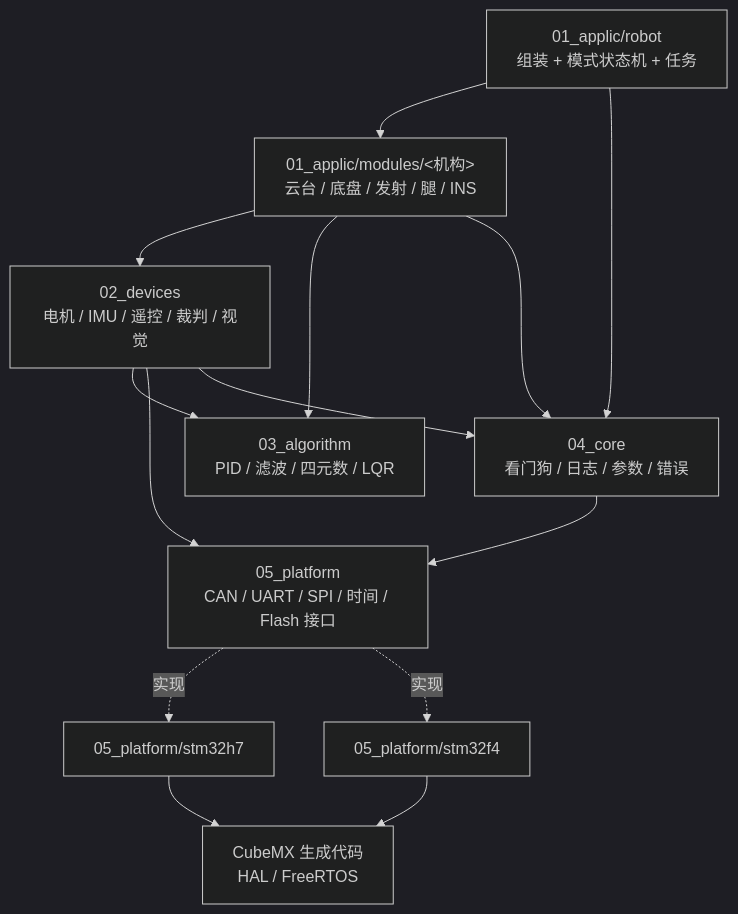
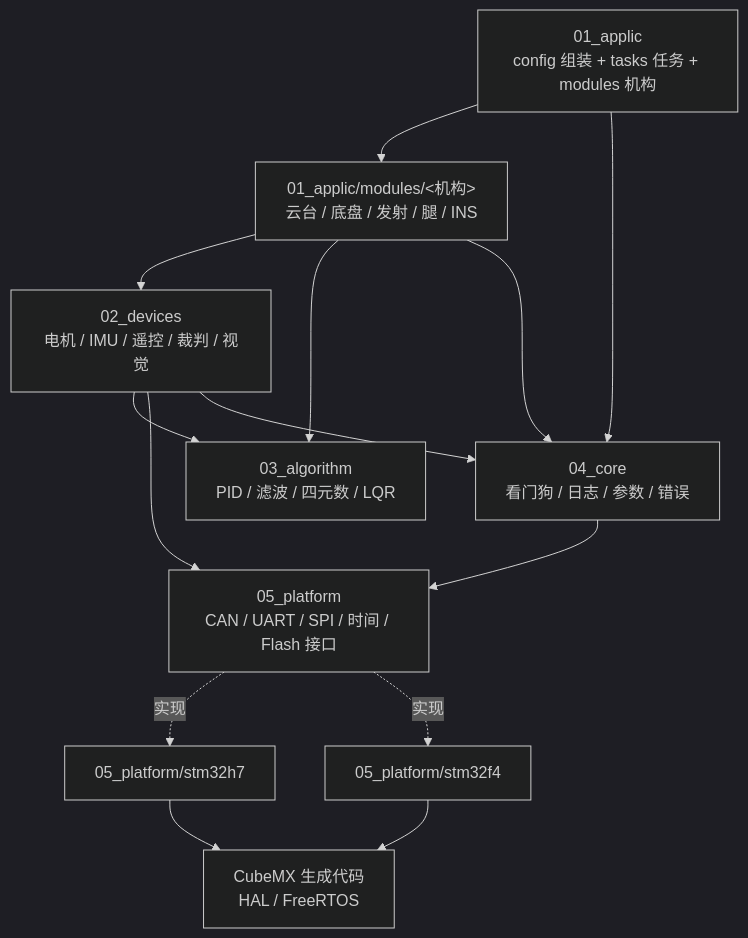
The first of 3 diagrams in docs/ARCHITECTURE.md (X0create/COD_RoboCore), drawn with Mermaid (dark theme) before and after one commit. The commit also changed other lines of this file and 35 other files, not shown here.

First line of the commit message:
robot/ 改名 config/，按内容命名文件（ADR 0061）

````diff
--- a/docs/ARCHITECTURE.md
+++ b/docs/ARCHITECTURE.md
@@ -111,25 +111,25 @@
 ```mermaid
 flowchart TD
-    APP["01_applic/robot<br/>组装 + 模式状态机 + 任务"]
+    APP["01_applic<br/>config 组装 + tasks 任务 + modules 机构"]
     SUB["01_applic/modules/<机构><br/>云台 / 底盘 / 发射 / 腿 / INS"]
     DEV["02_devices<br/>电机 / IMU / 遥控 / 裁判 / 视觉"]
     ALG["03_algorithm<br/>PID / 滤波 / 四元数 / LQR"]
     CORE["04_core<br/>看门狗 / 日志 / 参数 / 错误"]
     PLAT["05_platform<br/>CAN / UART / SPI / 时间 / Flash 接口"]
     H7["05_platform/stm32h7"]
     F4["05_platform/stm32f4"]
     GEN["CubeMX 生成代码<br/>HAL / FreeRTOS"]
     APP --> SUB
     APP --> CORE
     SUB --> DEV
     SUB --> ALG
     DEV --> ALG
     DEV --> PLAT
     SUB --> CORE
     DEV --> CORE
     CORE --> PLAT
     PLAT -.实现.-> H7
     PLAT -.实现.-> F4
     H7 --> GEN
     F4 --> GEN
 ```
````
